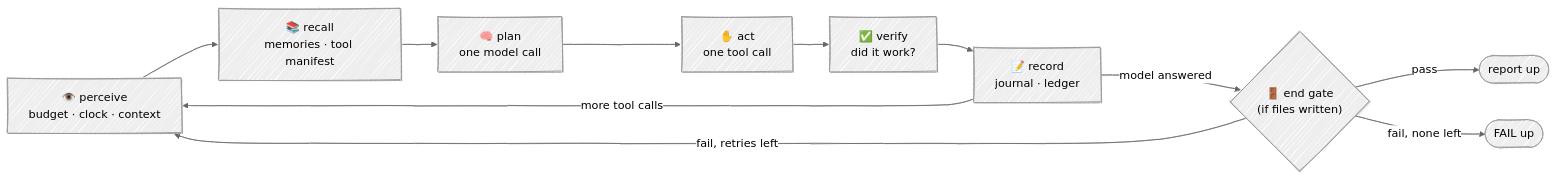
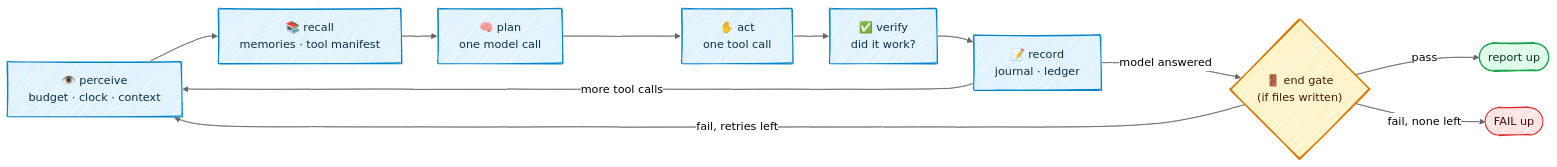
The first of 2 diagrams in docs/03-loop.md (Kaginari/mnemorph), drawn with Mermaid before and after one commit. The commit also changed other lines of this file and 9 other files, not shown here.

Commit message:
docs: colour in every diagram — one palette, a colour per race, phases in sequence diagrams, labels no longer clipped; the MCP page keeps its diagram only

````diff
--- a/docs/03-loop.md
+++ b/docs/03-loop.md
@@ -5,18 +5,28 @@
 ```mermaid
 ---
 config:
   look: handDrawn
   theme: neutral
+  flowchart:
+    wrappingWidth: 360
 ---
 flowchart LR
     P["👁️ perceive<br/>budget · clock · context"] --> RC["📚 recall<br/>memories · tool manifest"]
     RC --> PL["🧠 plan<br/>one model call"]
     PL --> A["✋ act<br/>one tool call"]
     A --> VF["✅ verify<br/>did it work?"]
     VF --> REC["📝 record<br/>journal · ledger"]
     REC -->|more tool calls| P
     REC -->|model answered| G{"🚪 end gate<br/>(if files written)"}
     G -->|pass| DONE(["report up"])
     G -->|fail, retries left| P
     G -->|fail, none left| FAIL(["FAIL up"])
+    classDef step fill:#e0f2fe,stroke:#0284c7,stroke-width:1.5px,color:#082f49
+    class P,RC,PL,A,VF,REC step
+    classDef gate fill:#fef3c7,stroke:#d97706,stroke-width:2px,color:#451a03
+    class G gate
+    classDef good fill:#dcfce7,stroke:#16a34a,stroke-width:2px,color:#052e16
+    class DONE good
+    classDef bad fill:#fee2e2,stroke:#dc2626,stroke-width:1.5px,color:#450a0a
+    class FAIL bad
 ```
````
